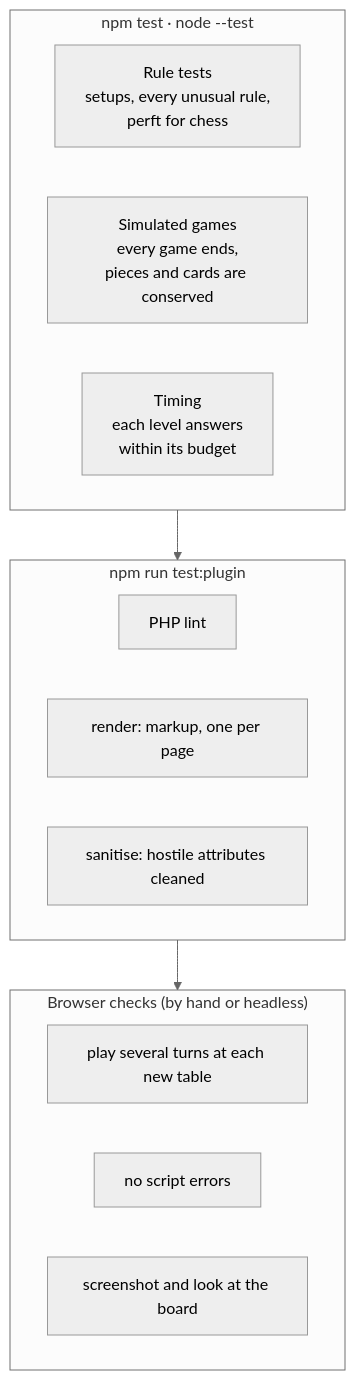
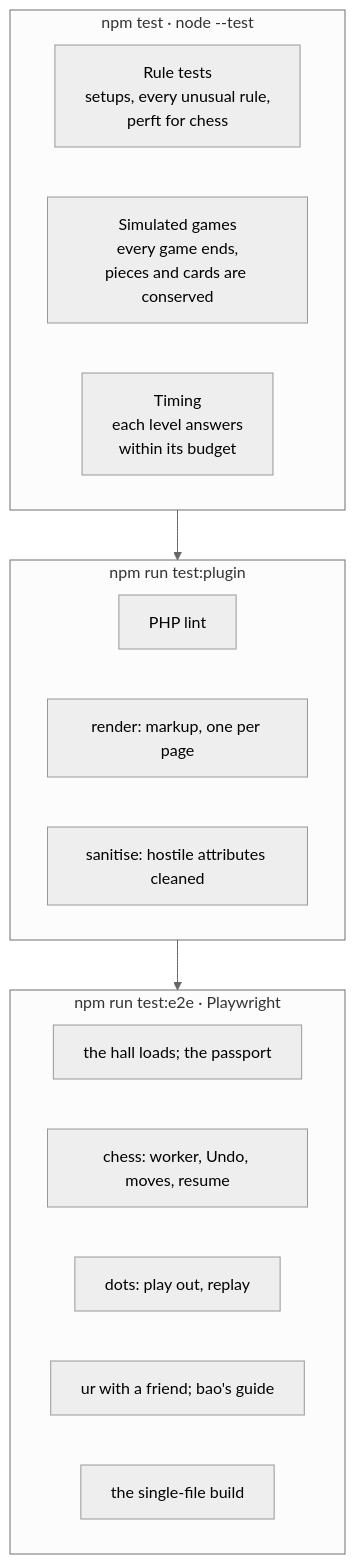
Before and after one commit to CptNope/Librarium-Archives: the first of 3 diagrams in docs/development.md, drawn with Mermaid (neutral theme). The commit also changed other lines of this file and 210 other files, not shown here.

First line of the commit message:
Split the code into src/rules (one file per game) and src/hall (systems, exhibit models, table presenters), joined into js/ by tools/build-js.mjs; browser tests in tests/e2e and a CI job for them

````diff
--- a/docs/development.md
+++ b/docs/development.md
@@ -59,19 +67,21 @@
 ```mermaid
 flowchart TB
     subgraph unit["npm test · node --test"]
         r["Rule tests<br/>setups, every unusual rule,<br/>perft for chess"]
         s["Simulated games<br/>every game ends,<br/>pieces and cards are conserved"]
         t["Timing<br/>each level answers<br/>within its budget"]
     end
     subgraph php["npm run test:plugin"]
         p1["PHP lint"]
         p2["render: markup, one per page"]
         p3["sanitise: hostile attributes cleaned"]
     end
-    subgraph browser["Browser checks (by hand or headless)"]
-        b1["play several turns at each new table"]
-        b2["no script errors"]
-        b3["screenshot and look at the board"]
+    subgraph browser["npm run test:e2e · Playwright"]
+        b1["the hall loads; the passport"]
+        b2["chess: worker, Undo, moves, resume"]
+        b3["dots: play out, replay"]
+        b4["ur with a friend; bao's guide"]
+        b5["the single-file build"]
     end
     unit --> php --> browser
 ```
````
